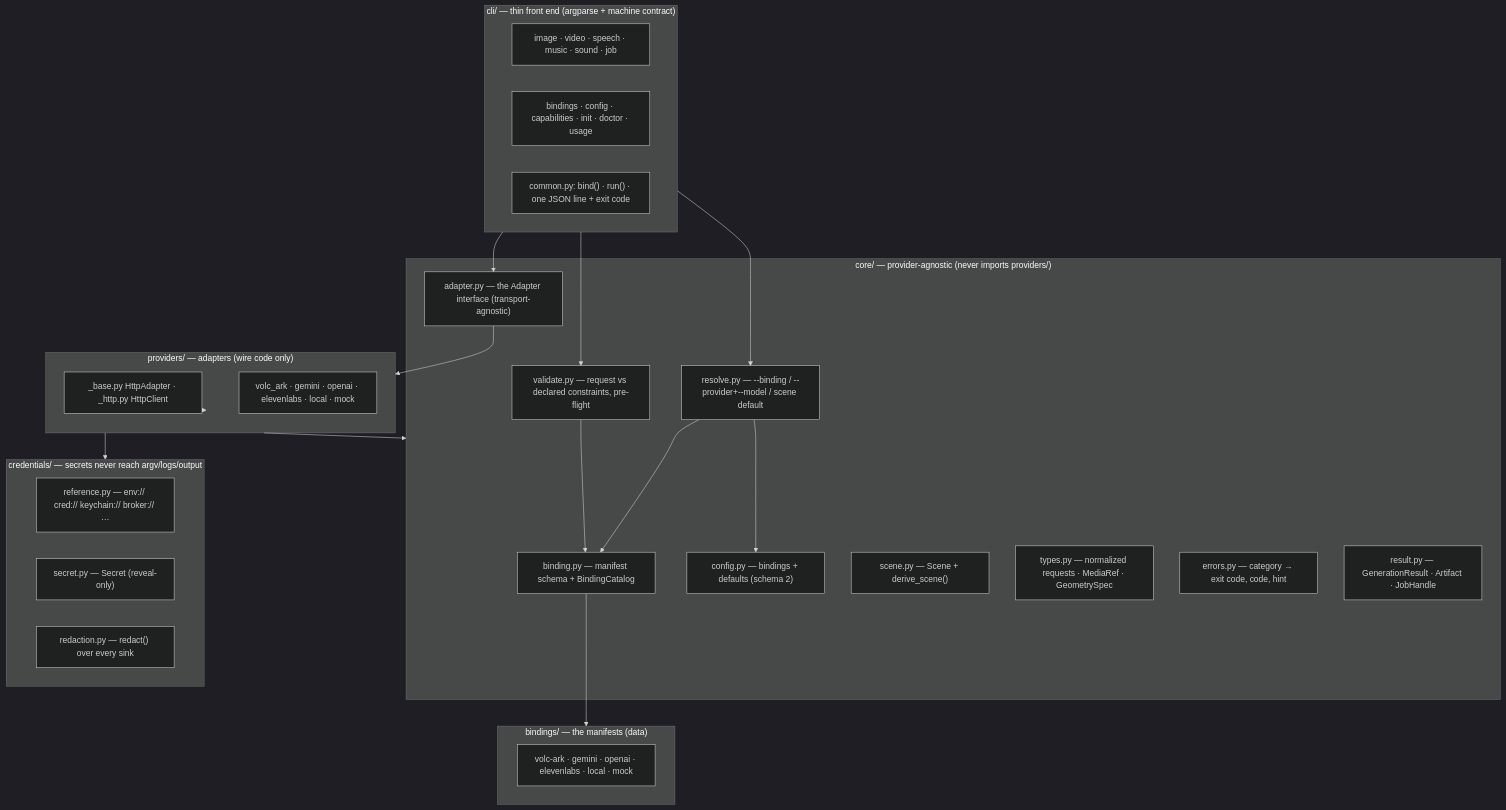
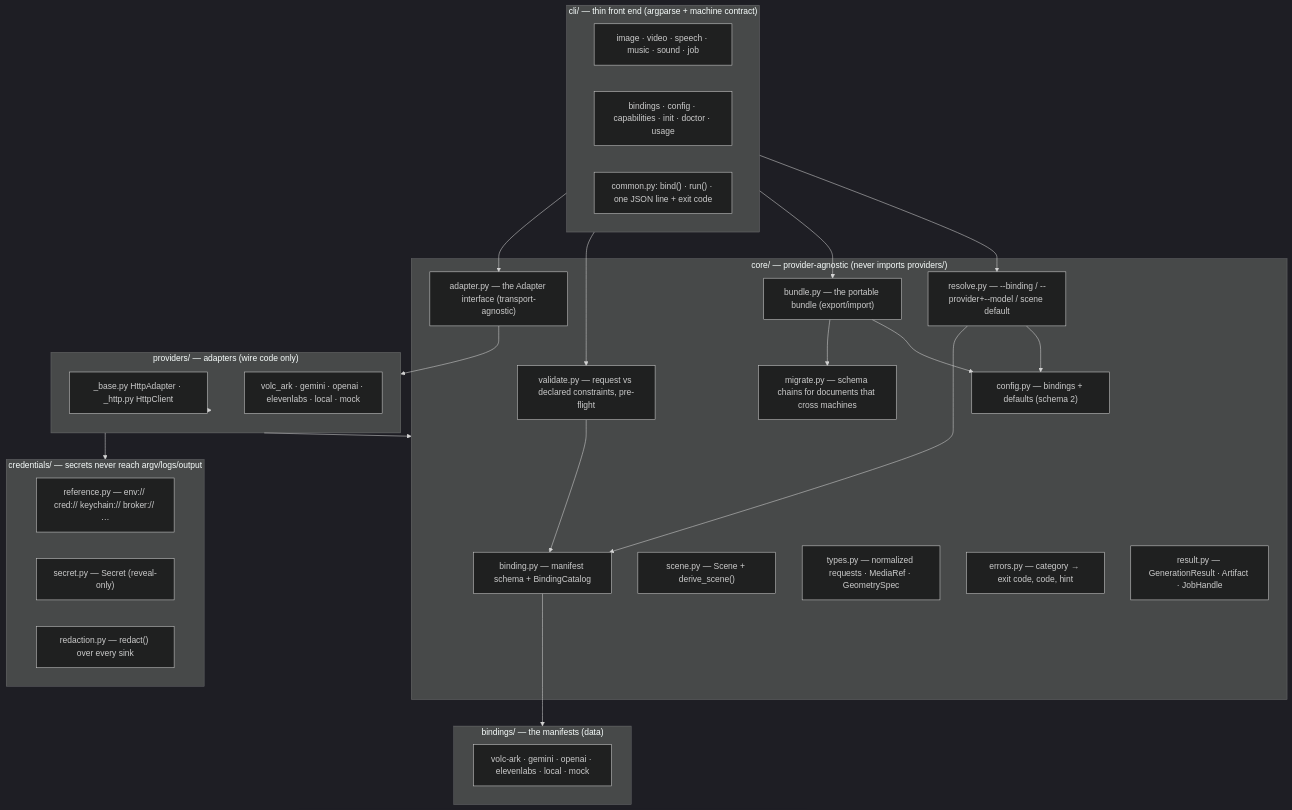
Before and after one commit to BrandoZhang/media-ai: the first of 2 diagrams in docs/ARCHITECTURE.md, drawn with Mermaid (dark theme). The commit also changed other lines of this file and 16 other files, not shown here.

````diff
--- a/docs/ARCHITECTURE.md
+++ b/docs/ARCHITECTURE.md
@@ -42,47 +42,52 @@
 ```mermaid
 flowchart TB
     subgraph CLI["cli/ — thin front end (argparse + machine contract)"]
         C1["image · video · speech · music · sound · job"]
         C2["bindings · config · capabilities · init · doctor · usage"]
         C3["common.py: bind() · run() · one JSON line + exit code"]
     end
 
     subgraph CORE["core/ — provider-agnostic (never imports providers/)"]
         B["binding.py — manifest schema + BindingCatalog"]
         R["resolve.py — --binding / --provider+--model / scene default"]
         CF["config.py — bindings + defaults (schema 2)"]
+        BU["bundle.py — the portable bundle (export/import)"]
+        MG["migrate.py — schema chains for documents that cross machines"]
         S["scene.py — Scene + derive_scene()"]
         V["validate.py — request vs declared constraints, pre-flight"]
         A["adapter.py — the Adapter interface (transport-agnostic)"]
         T["types.py — normalized requests · MediaRef · GeometrySpec"]
         ERR["errors.py — category → exit code, code, hint"]
         RES["result.py — GenerationResult · Artifact · JobHandle"]
     end
 
     subgraph MAN["bindings/ — the manifests (data)"]
         M1["volc-ark · gemini · openai · elevenlabs · local · mock"]
     end
 
     subgraph PROV["providers/ — adapters (wire code only)"]
         BASE["_base.py HttpAdapter · _http.py HttpClient"]
         IMPL["volc_ark · gemini · openai · elevenlabs · local · mock"]
     end
 
     subgraph CRED["credentials/ — secrets never reach argv/logs/output"]
         REF["reference.py — env:// cred:// keychain:// broker:// …"]
         SEC["secret.py — Secret (reveal-only)"]
         RED["redaction.py — redact() over every sink"]
     end
 
     CLI --> R
+    CLI --> BU
+    BU --> CF
+    BU --> MG
     R --> CF
     R --> B
     B --> MAN
     CLI --> V
     V --> B
     CLI --> A
     A --> PROV
     PROV --> BASE
     PROV --> CORE
     PROV --> CRED
 ```
````
